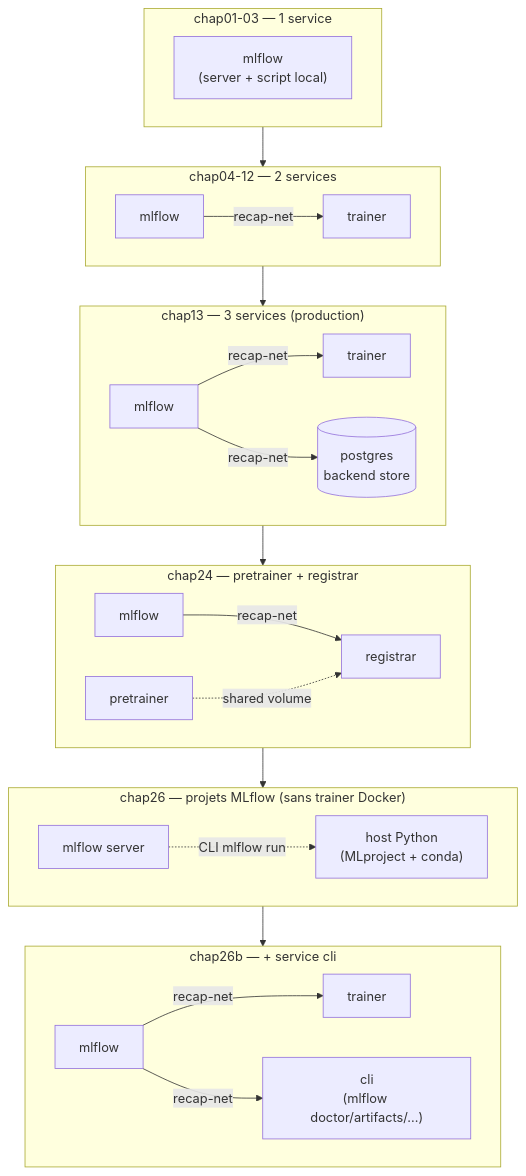
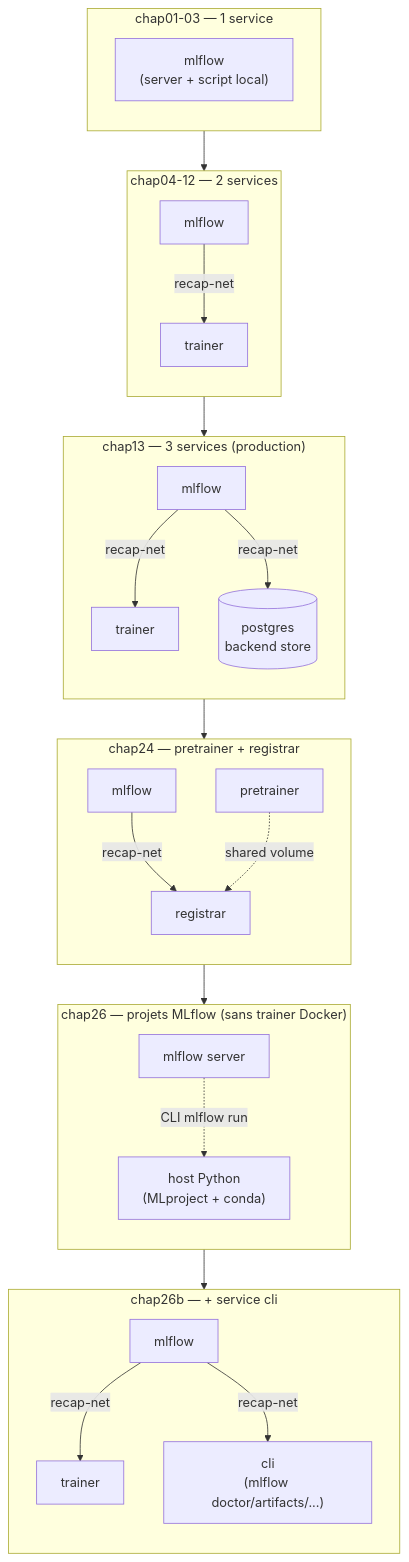
One commit to inskillflow/complete-mlops-pipeline-fastapi-streamlit-docker-en changed the second of 13 diagrams in EVOLUTION-CHAP01-CHAP26B.md. Above: the diagram before and after it, drawn with Mermaid.

Commit message:
chore: update files 2026-05-11 23:41:33

````diff
--- a/EVOLUTION-CHAP01-CHAP26B.md
+++ b/EVOLUTION-CHAP01-CHAP26B.md
@@ -73,41 +73,54 @@
 ```mermaid
 flowchart TB
     subgraph A["chap01-03 — 1 service"]
-        direction LR
+        direction TB
         A1["mlflow<br/>(server + script local)"]
     end
 
     subgraph B["chap04-12 — 2 services"]
-        direction LR
-        B1[mlflow] -- recap-net --> B2[trainer]
+        direction TB
+        B1[mlflow]
+        B2[trainer]
+        B1 -- recap-net --> B2
     end
 
     subgraph C["chap13 — 3 services (production)"]
-        direction LR
-        C1[mlflow] -- recap-net --> C2[trainer]
-        C1 -- recap-net --> C3[(postgres<br/>backend store)]
+        direction TB
+        C1[mlflow]
+        C2[trainer]
+        C3[(postgres<br/>backend store)]
+        C1 -- recap-net --> C2
+        C1 -- recap-net --> C3
     end
 
     subgraph D["chap24 — pretrainer + registrar"]
-        direction LR
-        D1[mlflow] -- recap-net --> D3[registrar]
-        D2[pretrainer] -. shared volume .-> D3
+        direction TB
+        D1[mlflow]
+        D2[pretrainer]
+        D3[registrar]
+        D1 -- recap-net --> D3
+        D2 -. shared volume .-> D3
     end
 
     subgraph E["chap26 — projets MLflow (sans trainer Docker)"]
-        direction LR
-        E1[mlflow server] -.->|CLI mlflow run| E2["host Python<br/>(MLproject + conda)"]
+        direction TB
+        E1[mlflow server]
+        E2["host Python<br/>(MLproject + conda)"]
+        E1 -.->|CLI mlflow run| E2
     end
 
     subgraph F["chap26b — + service cli"]
-        direction LR
-        F1[mlflow] -- recap-net --> F2[trainer]
-        F1 -- recap-net --> F3["cli<br/>(mlflow doctor/artifacts/...)"]
+        direction TB
+        F1[mlflow]
+        F2[trainer]
+        F3["cli<br/>(mlflow doctor/artifacts/...)"]
+        F1 -- recap-net --> F2
+        F1 -- recap-net --> F3
     end
 
     A --> B
     B --> C
     C --> D
     D --> E
     E --> F
 ```
````
